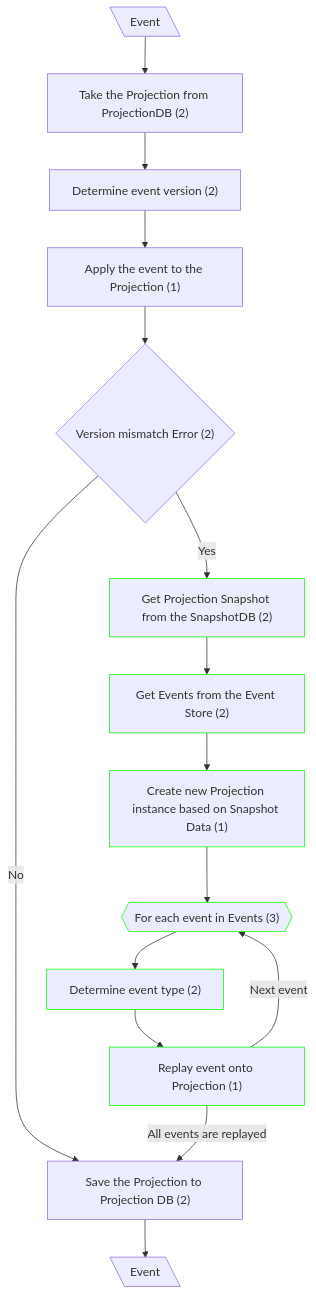
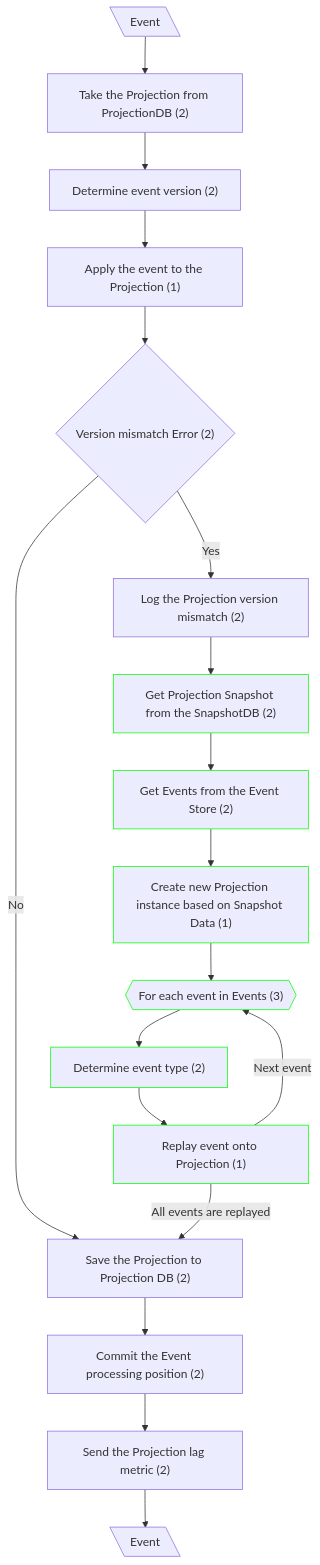
The first of 2 diagrams in docs/CF Complexity/mCQRS -> Classical CQRS/eventual consistency.md (dmitryhruzin/CQRS-variations-test), drawn with Mermaid before and after one commit. The commit also changed other lines of this file and 21 other files, not shown here.

````diff
--- a/docs/CF Complexity/mCQRS -> Classical CQRS/eventual consistency.md
+++ b/docs/CF Complexity/mCQRS -> Classical CQRS/eventual consistency.md
@@ -5,19 +5,22 @@
 ```mermaid
 flowchart TD
   classDef mod stroke:#0f0
   A@{ shape: lean-l, label: "Event" }
   A --> B["Take the Projection from ProjectionDB (2)"]
   B --> C["Determine event version (2)"]
   C --> D["Apply the event to the Projection (1)"]
   D --> E{"Version mismatch Error (2)"}
   E --"No"--> F["Save the Projection to Projection DB (2)"]
-  E --Yes--> H["Get Projection Snapshot from the SnapshotDB (2)"]:::mod
+  E --Yes--> LG["Log the Projection version mismatch (2)"]
+  LG --> H["Get Projection Snapshot from the SnapshotDB (2)"]:::mod
   H --> I["Get Events from the Event Store (2)"]:::mod
   I --> J["Create new Projection instance based on Snapshot Data (1)"]:::mod
   J --> K1{{"For each event in Events (3)"}}:::mod
   K1 --> K2["Determine event type (2)"]:::mod
   K2 --> K3["Replay event onto Projection (1)"]:::mod
   K3 --"Next event"--> K1
-  K3 --"All events are replayed" --> F
-  F --> M@{ shape: lean-l, label: "Event" }
+  K3 --"All events are replayed"--> F
+  F --> CP["Commit the Event processing position (2)"]
+  CP --> MT["Send the Projection lag metric (2)"]
+  MT --> M@{ shape: lean-l, label: "Event" }
 ```
````
